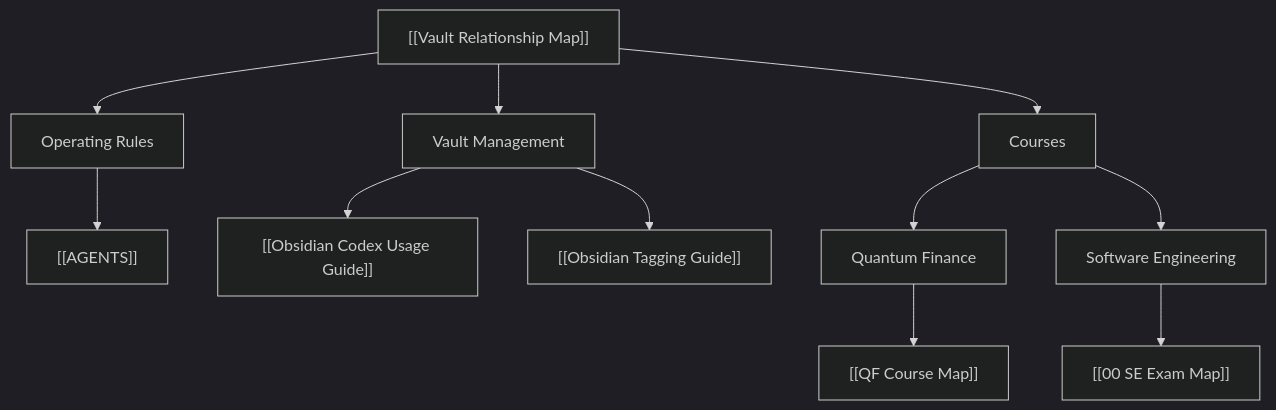
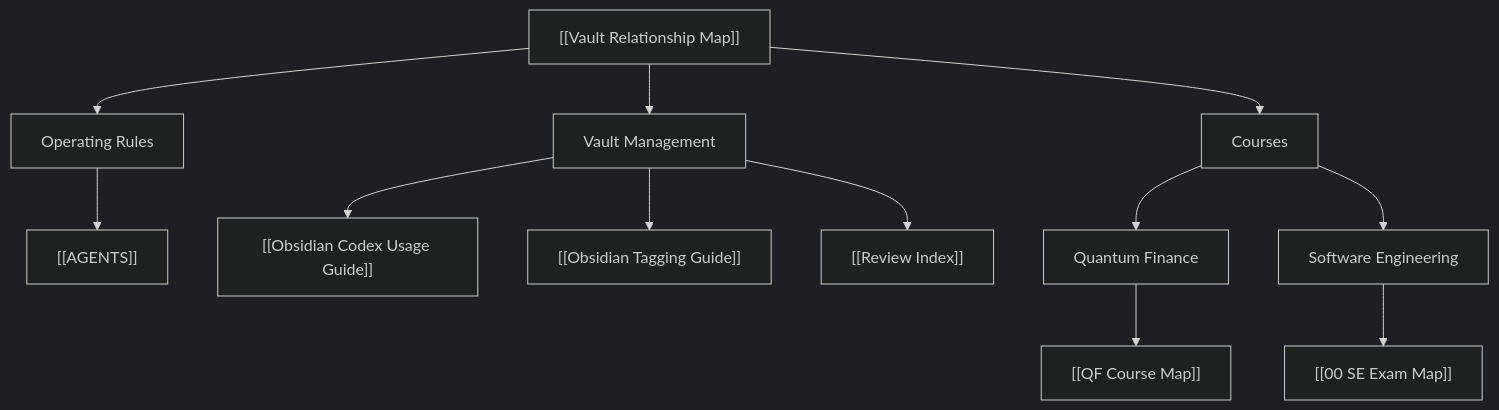
One commit to computersniper/second-brain changed the diagram in Resources/Vault Management/Vault Relationship Map.md. Above: the diagram before and after it, drawn with Mermaid (dark theme). The commit also changed other lines of this file and 2 other files, not shown here.

Commit message:
Add review index as single tree entry

````diff
--- a/Resources/Vault Management/Vault Relationship Map.md
+++ b/Resources/Vault Management/Vault Relationship Map.md
@@ -52,17 +49,18 @@
 ```mermaid
 flowchart TD
     Root["[[Vault Relationship Map]]"]
 
     Root --> Operating["Operating Rules"]
     Operating --> AGENTS["[[AGENTS]]"]
 
     Root --> Management["Vault Management"]
     Management --> Usage["[[Obsidian Codex Usage Guide]]"]
     Management --> Tags["[[Obsidian Tagging Guide]]"]
+    Management --> ReviewIndex["[[Review Index]]"]
 
     Root --> Courses["Courses"]
     Courses --> QF["Quantum Finance"]
     Courses --> SE["Software Engineering"]
     QF --> QFMap["[[QF Course Map]]"]
     SE --> SEMap["[[00 SE Exam Map]]"]
 ```
````
